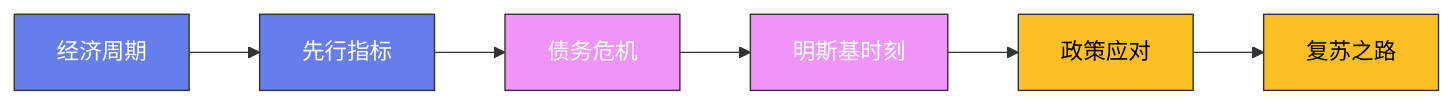
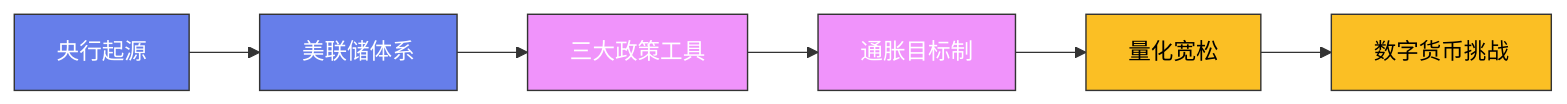
Before and after one commit to Fengur/Fengur.github.io: the diagram in content/posts/ModelCreate/经济学与金融/13-中央银行与货币政策.md, drawn with Mermaid. The commit also changed 118 other files, not shown here.

````diff
--- a/content/posts/ModelCreate/经济学与金融/13-中央银行与货币政策.md
+++ b/content/posts/ModelCreate/经济学与金融/13-中央银行与货币政策.md
@@ -71,16 +71,16 @@
 ```mermaid
 graph LR
-    A["经济周期"] --> B["先行指标"]
-    B --> C["债务危机"]
-    C --> D["明斯基时刻"]
-    D --> E["政策应对"]
-    E --> F["复苏之路"]
+    A["央行起源"] --> B["美联储体系"]
+    B --> C["三大政策工具"]
+    C --> D["通胀目标制"]
+    D --> E["量化宽松"]
+    E --> F["数字货币挑战"]
 
     classDef early fill:#667eea,stroke:#333,color:white
     classDef mid fill:#f093fb,stroke:#333,color:white
     classDef modern fill:#fbbf24,stroke:#333,color:black
 
     class A,B early
     class C,D mid
     class E,F modern
 ```
````
